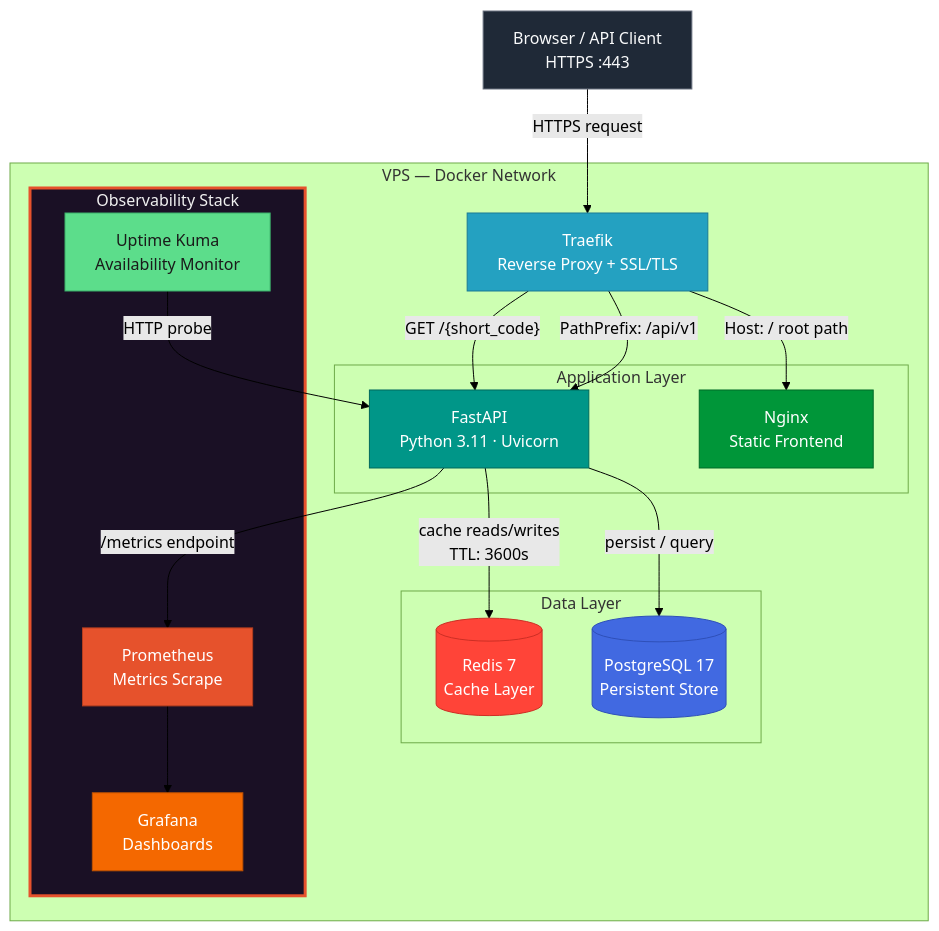
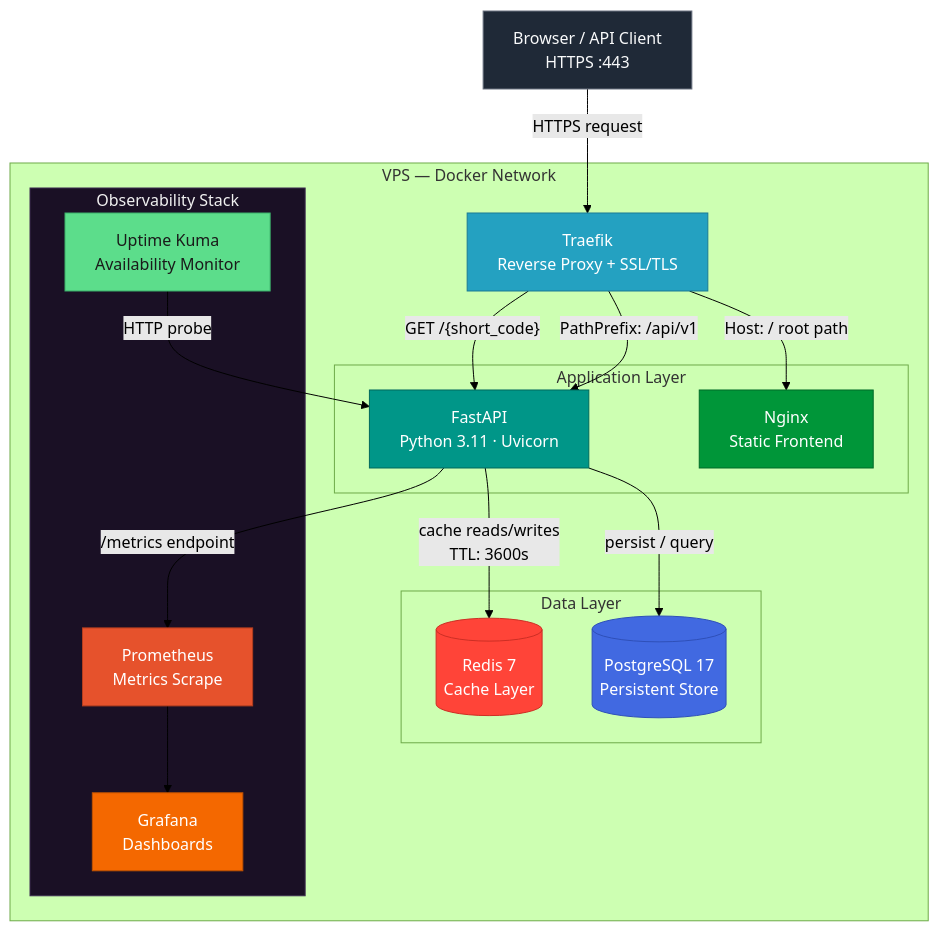
The first of 2 diagrams in README.md (alchemistkay/url-shortener), drawn with Mermaid (forest theme) before and after one commit.

Commit message:
docs(readme): remove red border from observability subgraph

````diff
--- a/README.md
+++ b/README.md
@@ -131,45 +131,45 @@
 ```mermaid
 graph TD
     Client["Browser / API Client\nHTTPS :443"]
 
     subgraph vps["VPS — Docker Network"]
         Traefik["Traefik\nReverse Proxy + SSL/TLS"]
 
         subgraph app["Application Layer"]
             Frontend["Nginx\nStatic Frontend"]
             API["FastAPI\nPython 3.11 · Uvicorn"]
         end
 
         subgraph data["Data Layer"]
             PG[("PostgreSQL 17\nPersistent Store")]
             Redis[("Redis 7\nCache Layer")]
         end
 
         subgraph obs["Observability Stack"]
             Prom["Prometheus\nMetrics Scrape"]
             Graf["Grafana\nDashboards"]
             Kuma["Uptime Kuma\nAvailability Monitor"]
         end
     end
 
     Client -->|"HTTPS request"| Traefik
     Traefik -->|"Host: / root path"| Frontend
     Traefik -->|"PathPrefix: /api/v1"| API
     Traefik -->|"GET /{short_code}"| API
     API -->|"persist / query"| PG
     API -->|"cache reads/writes\nTTL: 3600s"| Redis
     API -->|"/metrics endpoint"| Prom
     Prom --> Graf
     Kuma -->|"HTTP probe"| API
 
     style Client fill:#1f2937,stroke:#6b7280,color:#f9fafb
     style Traefik fill:#24A1C1,stroke:#1a7a94,color:#ffffff
     style Frontend fill:#009639,stroke:#006b28,color:#ffffff
     style API fill:#009688,stroke:#00695c,color:#ffffff
     style PG fill:#4169E1,stroke:#2f50b8,color:#ffffff
     style Redis fill:#FF4438,stroke:#cc2f25,color:#ffffff
     style Prom fill:#E6522C,stroke:#b33d1e,color:#ffffff
     style Graf fill:#F46800,stroke:#c05200,color:#ffffff
     style Kuma fill:#5CDD8B,stroke:#3aaf69,color:#1a1a1a
-    style obs fill:#1a1025,stroke:#E6522C,stroke-width:3px,color:#f0f0f0
+    style obs fill:#1a1025,stroke:#3d2d50,color:#f0f0f0
 ```
````
